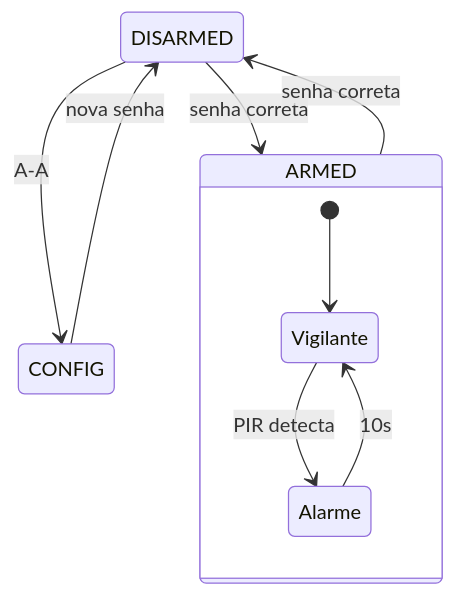
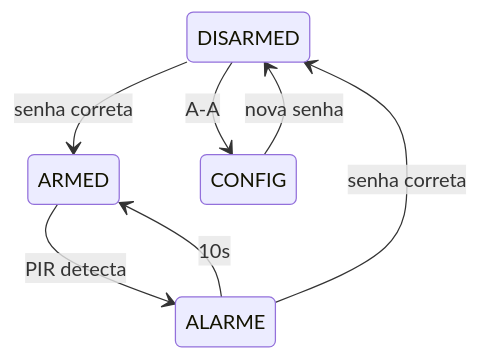
One commit to murilo-rolo/Trabalho3MicMic changed the diagram in README.md. Above: the diagram before and after it, drawn with Mermaid. The commit also changed other lines of this file and 4 other files, not shown here.

````diff
--- a/README.md
+++ b/README.md
@@ -51,12 +51,9 @@
 ```mermaid
 stateDiagram-v2
     DISARMED --> ARMED : senha correta
-    ARMED --> DISARMED : senha correta
+    ARMED --> ALARME : PIR detecta
+    ALARME --> ARMED : 10s
+    ALARME --> DISARMED : senha correta
     DISARMED --> CONFIG : A-A
     CONFIG --> DISARMED : nova senha
-    state ARMED {
-        [*] --> Vigilante
-        Vigilante --> Alarme : PIR detecta
-        Alarme --> Vigilante : 10s
-    }
 ```
````
